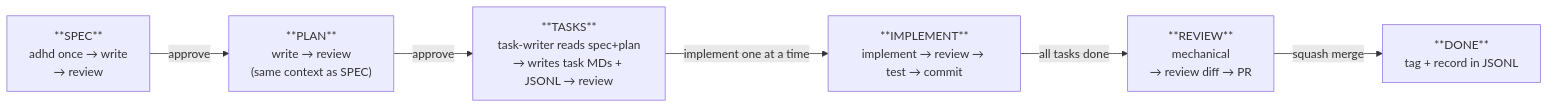
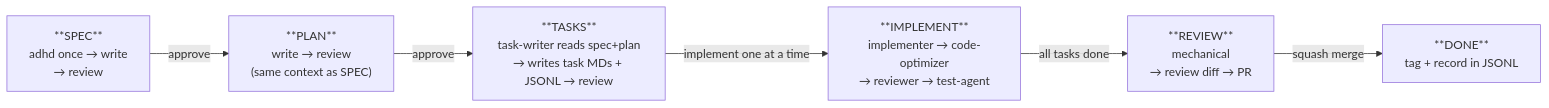
The second of 4 diagrams in README.md (bperin/project-context), drawn with Mermaid before and after one commit. The commit also changed other lines of this file, not shown here.

````diff
--- a/README.md
+++ b/README.md
@@ -81,14 +81,14 @@
 ```mermaid
 graph LR
     SPEC["**SPEC**<br/>adhd once → write<br/>→ review"]
     PLAN["**PLAN**<br/>write → review<br/>(same context as SPEC)"]
     TASK["**TASKS**<br/>task-writer reads spec+plan<br/>→ writes task MDs + JSONL → review"]
-    IMPL["**IMPLEMENT**<br/>implement → review → test → commit"]
+    IMPL["**IMPLEMENT**<br/>implementer → code-optimizer<br/>→ reviewer → test-agent"]
     REVIEW["**REVIEW**<br/>mechanical<br/>→ review diff → PR"]
 
     SPEC -->|approve| PLAN
     PLAN -->|approve| TASK
     TASK -->|implement one at a time| IMPL
     IMPL -->|all tasks done| REVIEW
     REVIEW -->|squash merge| DONE["**DONE**<br/>tag + record in JSONL"]
 ```
````
